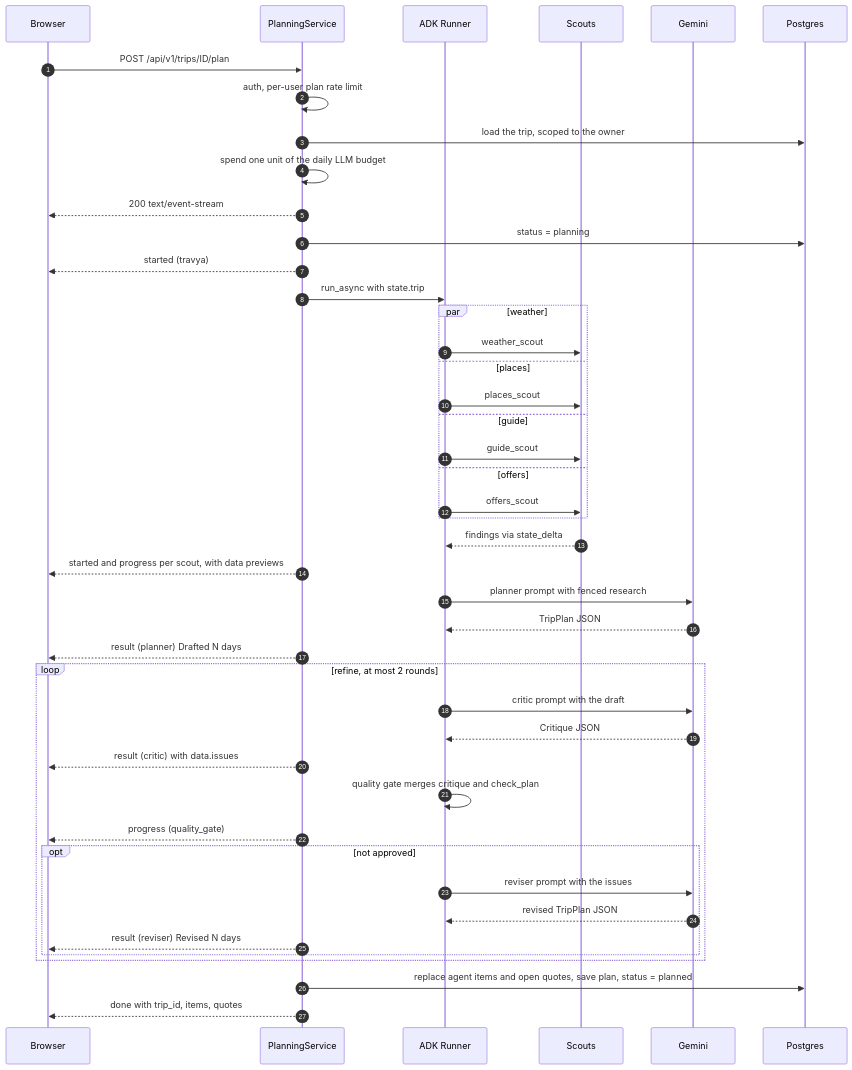
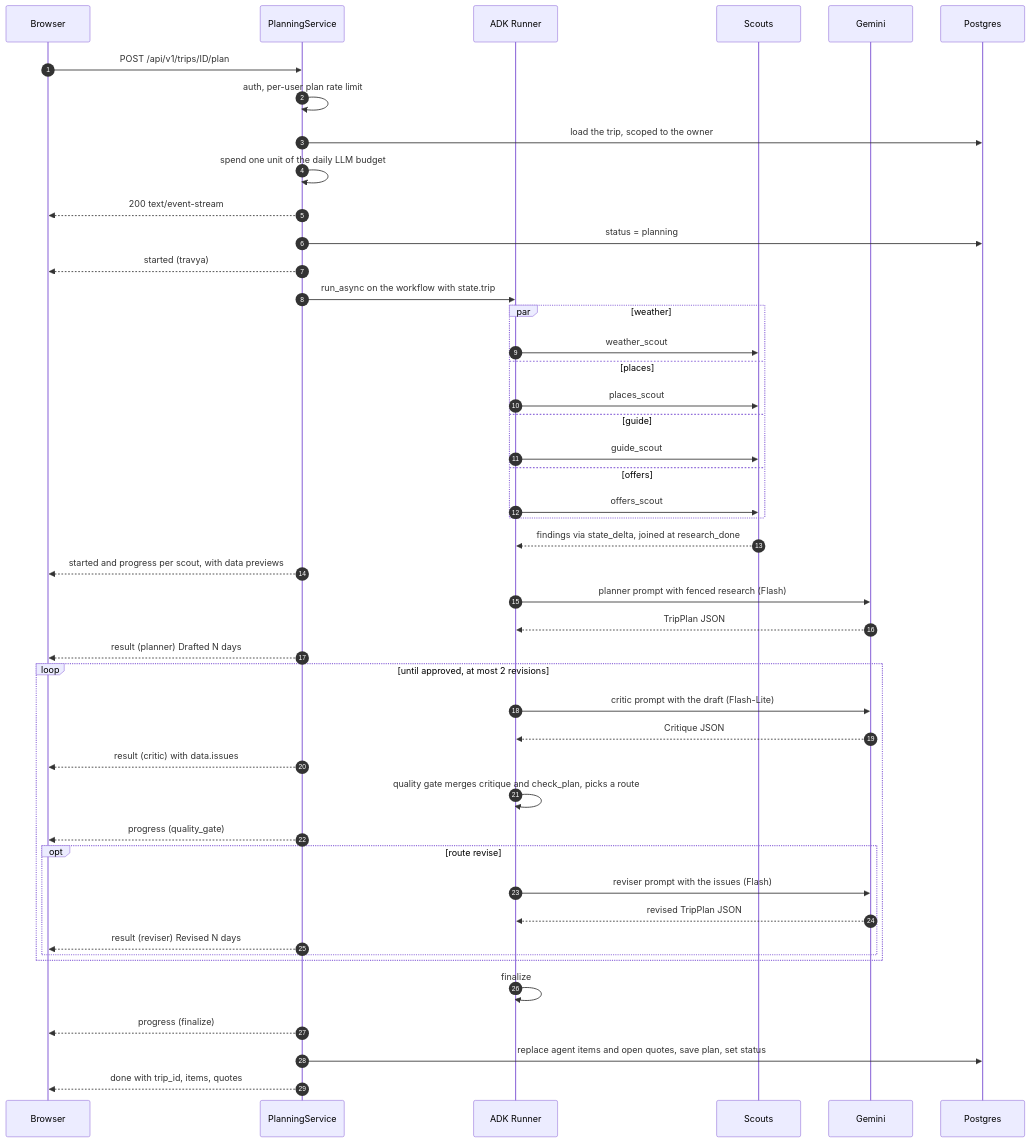
Before and after one commit to fuseai-fellowship/Travya---Agentic-AI-Powered-Travel-Companion: the second of 3 diagrams in docs/architecture/agents.md, drawn with Mermaid. The commit also changed other lines of this file and 8 other files, not shown here.

Commit message:
docs: describe the ADK Workflow graph, model fallback and timeouts

````diff
--- a/docs/architecture/agents.md
+++ b/docs/architecture/agents.md
@@ -163,47 +186,49 @@
 ```mermaid
 sequenceDiagram
     autonumber
     participant B as Browser
     participant P as PlanningService
     participant R as ADK Runner
     participant SC as Scouts
     participant G as Gemini
     participant DB as Postgres
 
     B->>P: POST /api/v1/trips/ID/plan
     P->>P: auth, per-user plan rate limit
     P->>DB: load the trip, scoped to the owner
     P->>P: spend one unit of the daily LLM budget
     P-->>B: 200 text/event-stream
     P->>DB: status = planning
     P-->>B: started (travya)
-    P->>R: run_async with state.trip
+    P->>R: run_async on the workflow with state.trip
     par weather
         R->>SC: weather_scout
     and places
         R->>SC: places_scout
     and guide
         R->>SC: guide_scout
     and offers
         R->>SC: offers_scout
     end
-    SC-->>R: findings via state_delta
+    SC-->>R: findings via state_delta, joined at research_done
     P-->>B: started and progress per scout, with data previews
-    R->>G: planner prompt with fenced research
+    R->>G: planner prompt with fenced research (Flash)
     G-->>R: TripPlan JSON
     P-->>B: result (planner) Drafted N days
-    loop refine, at most 2 rounds
-        R->>G: critic prompt with the draft
+    loop until approved, at most 2 revisions
+        R->>G: critic prompt with the draft (Flash-Lite)
         G-->>R: Critique JSON
         P-->>B: result (critic) with data.issues
-        R->>R: quality gate merges critique and check_plan
+        R->>R: quality gate merges critique and check_plan, picks a route
         P-->>B: progress (quality_gate)
-        opt not approved
-            R->>G: reviser prompt with the issues
+        opt route revise
+            R->>G: reviser prompt with the issues (Flash)
             G-->>R: revised TripPlan JSON
             P-->>B: result (reviser) Revised N days
         end
     end
-    P->>DB: replace agent items and open quotes, save plan, status = planned
+    R->>R: finalize
+    P-->>B: progress (finalize)
+    P->>DB: replace agent items and open quotes, save plan, set status
     P-->>B: done with trip_id, items, quotes
 ```
````
